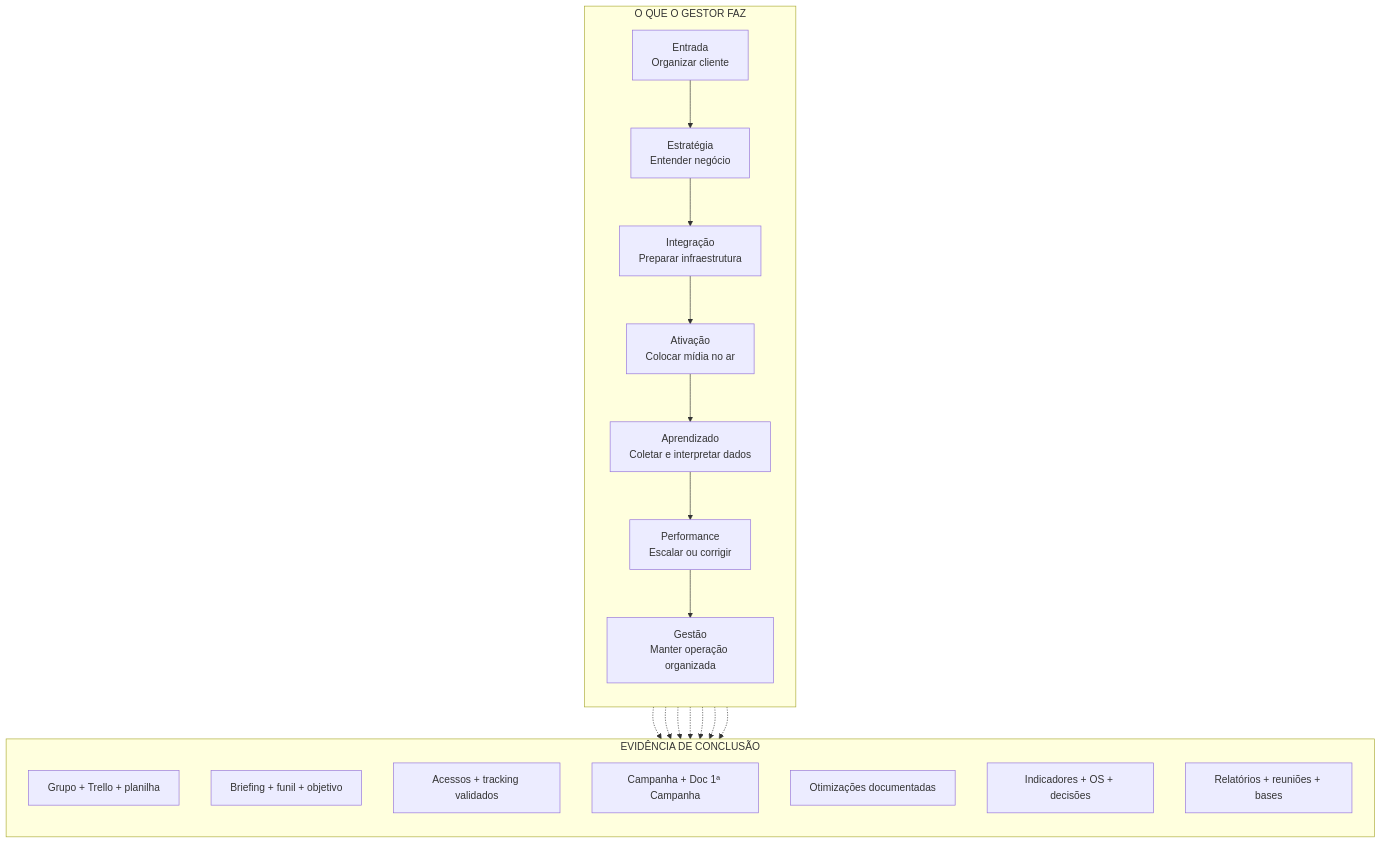
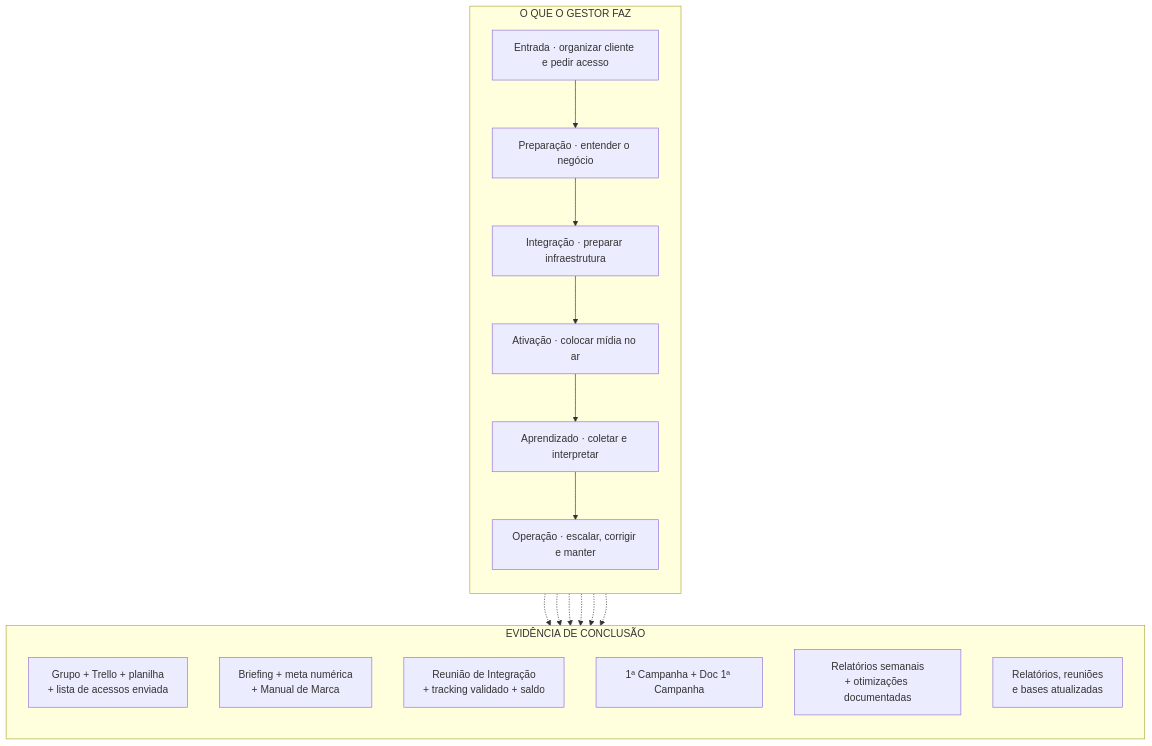
One commit to flowanuncios-cell/squad-cs-leitura-whatsapp changed the eighth of 10 diagrams in flowformance-2.0/07-fluxograma.md. Above: the diagram before and after it, drawn with Mermaid. The commit also changed other lines of this file and 9 other files, not shown here.

First line of the commit message:
Flowformance 2.0: alinha ao fluxo oficial e adiciona fluxograma progressivo

````diff
--- a/flowformance-2.0/07-fluxograma.md
+++ b/flowformance-2.0/07-fluxograma.md
@@ -46,31 +192,28 @@
 ```mermaid
 flowchart TB
     subgraph L1["O QUE O GESTOR FAZ"]
         direction TB
-        P1[Entrada<br/>Organizar cliente]
-        P2[Estratégia<br/>Entender negócio]
-        P3[Integração<br/>Preparar infraestrutura]
-        P4[Ativação<br/>Colocar mídia no ar]
-        P5[Aprendizado<br/>Coletar e interpretar dados]
-        P6[Performance<br/>Escalar ou corrigir]
-        P7[Gestão<br/>Manter operação organizada]
-        P1 --> P2 --> P3 --> P4 --> P5 --> P6 --> P7
+        P1[Entrada · organizar cliente e pedir acesso]
+        P2[Preparação · entender o negócio]
+        P3[Integração · preparar infraestrutura]
+        P4[Ativação · colocar mídia no ar]
+        P5[Aprendizado · coletar e interpretar]
+        P6[Operação · escalar, corrigir e manter]
+        P1 --> P2 --> P3 --> P4 --> P5 --> P6
     end
     subgraph L2["EVIDÊNCIA DE CONCLUSÃO"]
         direction TB
-        V1[Grupo + Trello + planilha]
-        V2[Briefing + funil + objetivo]
-        V3[Acessos + tracking validados]
-        V4[Campanha + Doc 1ª Campanha]
-        V5[Otimizações documentadas]
-        V6[Indicadores + OS + decisões]
-        V7[Relatórios + reuniões + bases]
+        V1[Grupo + Trello + planilha<br/>+ lista de acessos enviada]
+        V2[Briefing + meta numérica<br/>+ Manual de Marca]
+        V3[Reunião de Integração<br/>+ tracking validado + saldo]
+        V4[1ª Campanha + Doc 1ª Campanha]
+        V5[Relatórios semanais<br/>+ otimizações documentadas]
+        V6[Relatórios, reuniões<br/>e bases atualizadas]
     end
     P1 -.-> V1
     P2 -.-> V2
     P3 -.-> V3
     P4 -.-> V4
     P5 -.-> V5
     P6 -.-> V6
-    P7 -.-> V7
 ```
````
